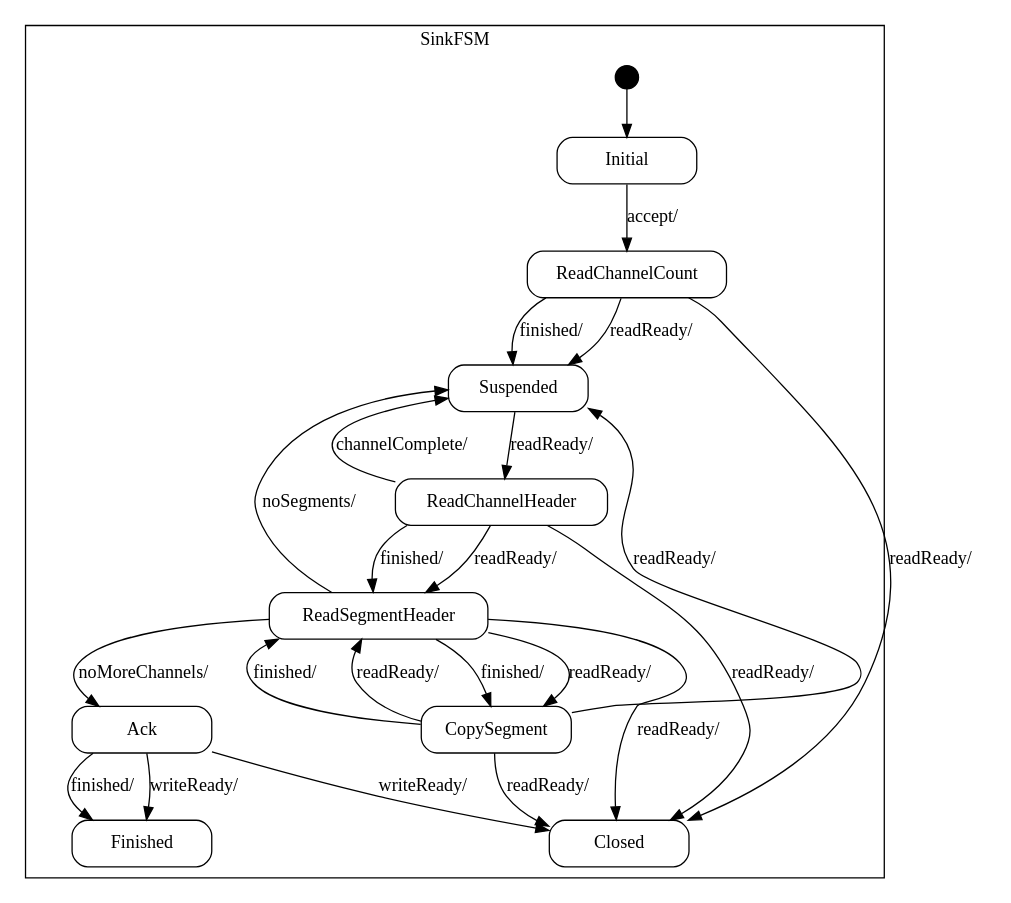
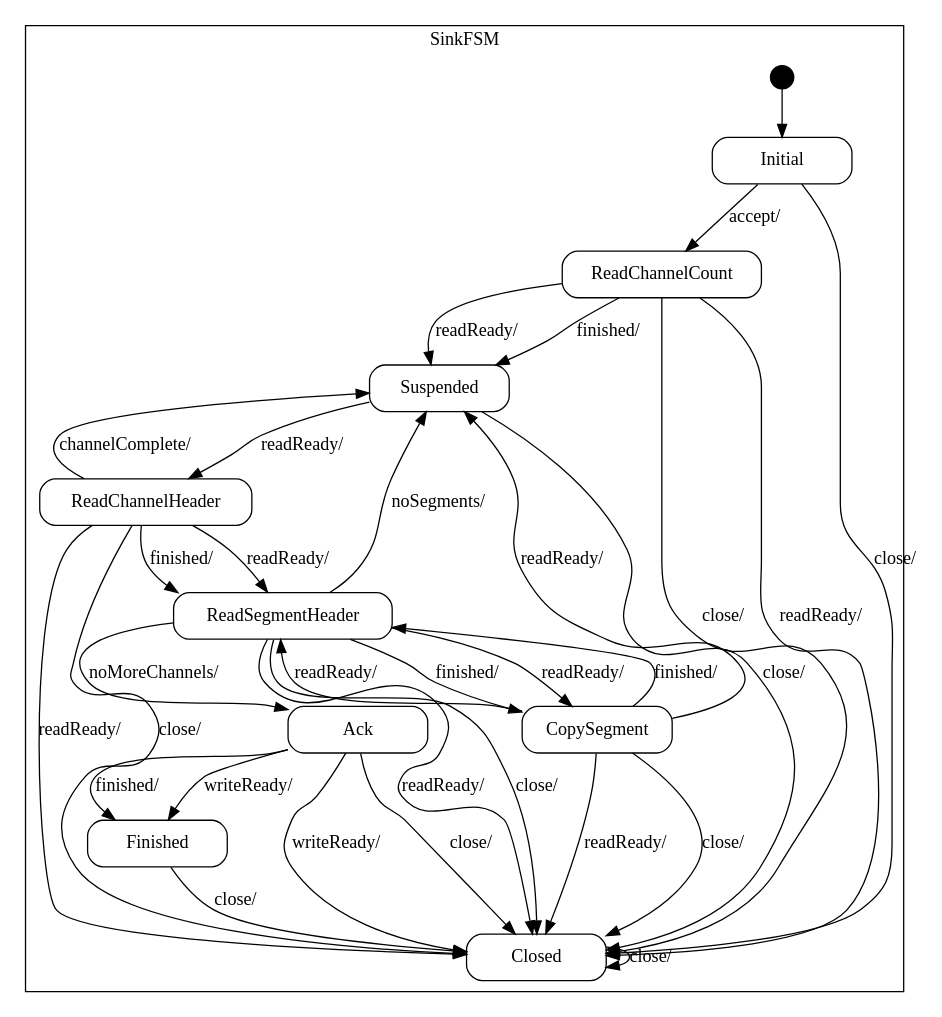
Before and after one commit to vmehra-sfdc/Ouroboros: the diagram in spindle/doc/Sink_sm.dot, drawn with Graphviz. The commit also changed 38 other files, not shown here.

```diff
--- a/spindle/doc/Sink_sm.dot
+++ b/spindle/doc/Sink_sm.dot
@@ -1,114 +1,141 @@
 digraph Sink {
 
     node
         [shape=Mrecord width=1.5];
 
     subgraph cluster_SinkFSM {
 
         label="SinkFSM";
 
         //
         // States (Nodes)
         //
 
         "SinkFSM::Initial"
             [label="{Initial}"];
 
         "SinkFSM::ReadChannelCount"
             [label="{ReadChannelCount}"];
 
         "SinkFSM::Suspended"
             [label="{Suspended}"];
 
         "SinkFSM::ReadChannelHeader"
             [label="{ReadChannelHeader}"];
 
         "SinkFSM::ReadSegmentHeader"
             [label="{ReadSegmentHeader}"];
 
         "SinkFSM::CopySegment"
             [label="{CopySegment}"];
 
         "SinkFSM::Ack"
             [label="{Ack}"];
 
         "SinkFSM::Finished"
             [label="{Finished}"];
 
         "SinkFSM::Closed"
             [label="{Closed}"];
 
         "%start"
             [label="" shape=circle style=filled fillcolor=black width=0.25];
 
         //
         // Transitions (Edges)
         //
 
         "SinkFSM::Initial" -> "SinkFSM::ReadChannelCount"
             [label="accept/\l"];
 
+        "SinkFSM::Initial" -> "SinkFSM::Closed"
+            [label="close/\l"];
+
         "SinkFSM::ReadChannelCount" -> "SinkFSM::Suspended"
             [label="finished/\l"];
 
         "SinkFSM::ReadChannelCount" -> "SinkFSM::Closed"
             [label="readReady/\l"];
 
         "SinkFSM::ReadChannelCount" -> "SinkFSM::Suspended"
             [label="readReady/\l"];
 
+        "SinkFSM::ReadChannelCount" -> "SinkFSM::Closed"
+            [label="close/\l"];
+
         "SinkFSM::Suspended" -> "SinkFSM::ReadChannelHeader"
             [label="readReady/\l"];
+
+        "SinkFSM::Suspended" -> "SinkFSM::Closed"
+            [label="close/\l"];
 
         "SinkFSM::ReadChannelHeader" -> "SinkFSM::ReadSegmentHeader"
             [label="finished/\l"];
 
         "SinkFSM::ReadChannelHeader" -> "SinkFSM::Suspended"
             [label="channelComplete/\l"];
 
         "SinkFSM::ReadChannelHeader" -> "SinkFSM::Closed"
             [label="readReady/\l"];
 
         "SinkFSM::ReadChannelHeader" -> "SinkFSM::ReadSegmentHeader"
             [label="readReady/\l"];
+
+        "SinkFSM::ReadChannelHeader" -> "SinkFSM::Closed"
+            [label="close/\l"];
 
         "SinkFSM::ReadSegmentHeader" -> "SinkFSM::CopySegment"
             [label="finished/\l"];
 
         "SinkFSM::ReadSegmentHeader" -> "SinkFSM::Closed"
             [label="readReady/\l"];
 
         "SinkFSM::ReadSegmentHeader" -> "SinkFSM::CopySegment"
             [label="readReady/\l"];
 
         "SinkFSM::ReadSegmentHeader" -> "SinkFSM::Ack"
             [label="noMoreChannels/\l"];
 
         "SinkFSM::ReadSegmentHeader" -> "SinkFSM::Suspended"
             [label="noSegments/\l"];
 
+        "SinkFSM::ReadSegmentHeader" -> "SinkFSM::Closed"
+            [label="close/\l"];
+
         "SinkFSM::CopySegment" -> "SinkFSM::ReadSegmentHeader"
             [label="finished/\l"];
 
         "SinkFSM::CopySegment" -> "SinkFSM::Suspended"
             [label="readReady/\l"];
 
         "SinkFSM::CopySegment" -> "SinkFSM::Closed"
             [label="readReady/\l"];
 
         "SinkFSM::CopySegment" -> "SinkFSM::ReadSegmentHeader"
             [label="readReady/\l"];
 
+        "SinkFSM::CopySegment" -> "SinkFSM::Closed"
+            [label="close/\l"];
+
         "SinkFSM::Ack" -> "SinkFSM::Finished"
             [label="finished/\l"];
 
         "SinkFSM::Ack" -> "SinkFSM::Closed"
             [label="writeReady/\l"];
 
         "SinkFSM::Ack" -> "SinkFSM::Finished"
             [label="writeReady/\l"];
 
+        "SinkFSM::Ack" -> "SinkFSM::Closed"
+            [label="close/\l"];
+
+        "SinkFSM::Finished" -> "SinkFSM::Closed"
+            [label="close/\l"];
+
+        "SinkFSM::Closed" -> "SinkFSM::Closed"
+            [label="close/\l"];
+
         "%start" -> "SinkFSM::Initial"
     }
 
 }
```
